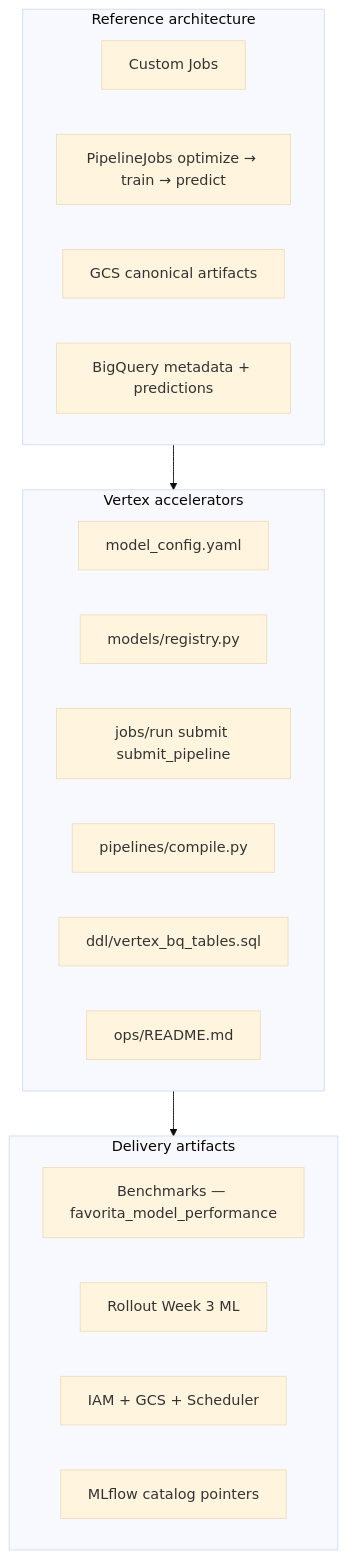
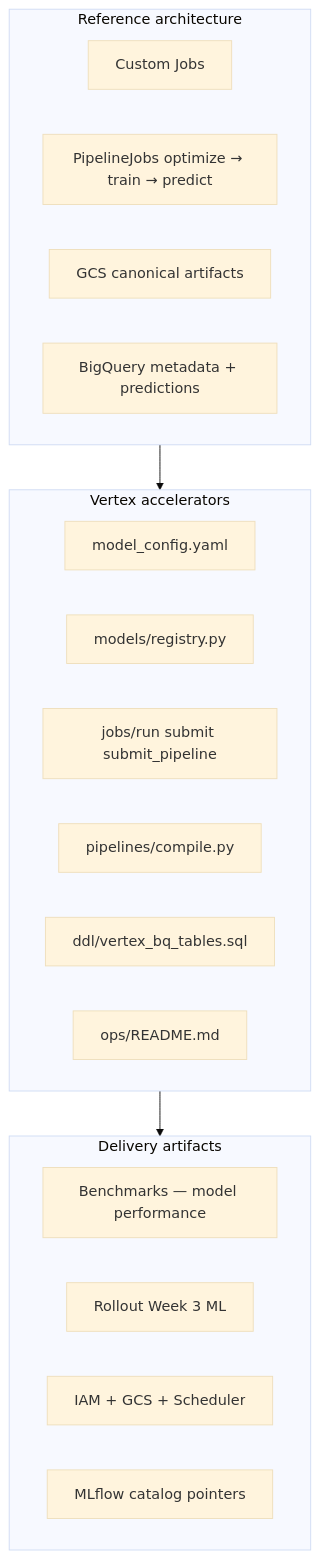
The first of 2 diagrams in docs/vertex/consulting_package.md (the-datastrategist/tds-dbt-favorita), drawn with Mermaid (base theme) before and after one commit. The commit also changed other lines of this file and 20 other files, not shown here.

````diff
--- a/docs/vertex/consulting_package.md
+++ b/docs/vertex/consulting_package.md
@@ -13,27 +13,27 @@
 ```mermaid
 flowchart TB
   subgraph L1["Reference architecture"]
     CJ[Custom Jobs]
     KFP[PipelineJobs optimize → train → predict]
     GCS[GCS canonical artifacts]
     BQ[BigQuery metadata + predictions]
   end
 
   subgraph L2["Vertex accelerators"]
     YAML[model_config.yaml]
     Reg[models/registry.py]
     Jobs[jobs/run submit submit_pipeline]
     Pipes[pipelines/compile.py]
     DDL[ddl/vertex_bq_tables.sql]
     Ops[ops/README.md]
   end
 
   subgraph L3["Delivery artifacts"]
-    BM[Benchmarks — favorita_model_performance]
+    BM[Benchmarks — model performance]
     RP[Rollout Week 3 ML]
     IAC[IAM + GCS + Scheduler]
     MLf[MLflow catalog pointers]
   end
 
   L1 --> L2 --> L3
 ```
````
